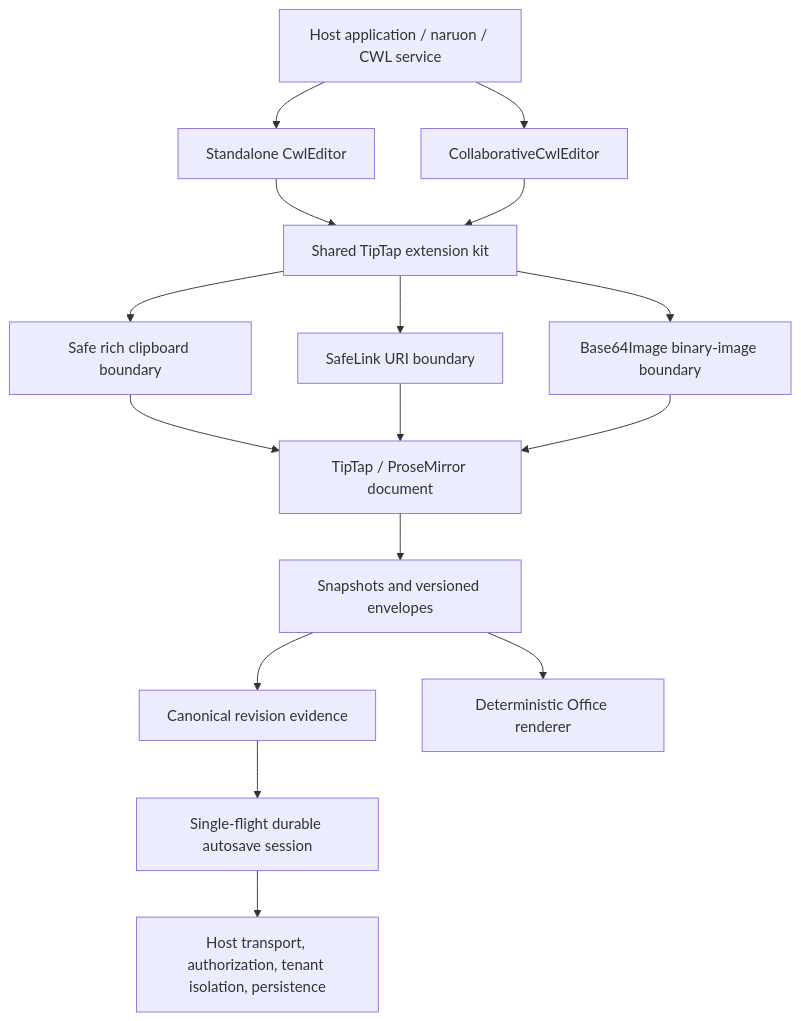
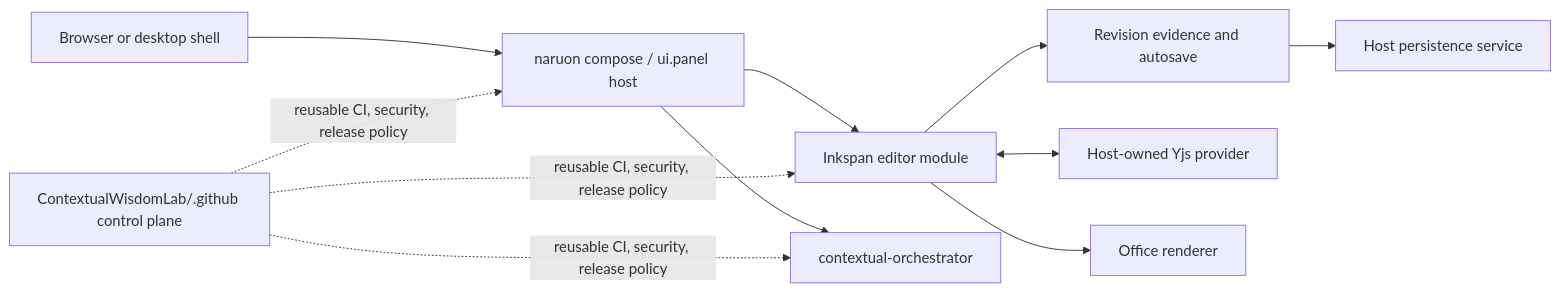
One commit to ContextualWisdomLab/inkspan changed the first of 2 diagrams in ARCHITECTURE.md. Above: the diagram before and after it, drawn with Mermaid. The commit also changed other lines of this file, not shown here.

Commit message:
docs(architecture): preserve integrated modular contract

````diff
--- a/ARCHITECTURE.md
+++ b/ARCHITECTURE.md
@@ -9,32 +40,23 @@
 ```mermaid
-flowchart TB
-    Host[Host application / naruon / CWL service]
-    React[Standalone CwlEditor]
-    Collab[CollaborativeCwlEditor]
-    Kit[Shared TipTap extension kit]
-    Clip[Safe rich clipboard boundary]
-    Link[SafeLink URI boundary]
-    Image[Base64Image binary-image boundary]
-    PM[TipTap / ProseMirror document]
-    Snap[Snapshots and versioned envelopes]
-    Rev[Canonical revision evidence]
-    Auto[Single-flight durable autosave session]
-    HostStore[Host transport, authorization, tenant isolation, persistence]
-    Office[Deterministic Office renderer]
+flowchart LR
+  Browser[Browser or desktop shell]
+  Panel[naruon compose / ui.panel host]
+  Inkspan[Inkspan editor module]
+  Evidence[Revision evidence and autosave]
+  Collab[Host-owned Yjs provider]
+  Store[Host persistence service]
+  Models[contextual-orchestrator]
+  Office[Office renderer]
+  Control[ContextualWisdomLab/.github control plane]
 
-    Host --> React
-    Host --> Collab
-    React --> Kit
-    Collab --> Kit
-    Kit --> Clip
-    Kit --> Link
-    Kit --> Image
-    Clip --> PM
-    Link --> PM
-    Image --> PM
-    PM --> Snap
-    Snap --> Rev
-    Rev --> Auto
-    Auto --> HostStore
-    Snap --> Office
+  Browser --> Panel
+  Panel --> Inkspan
+  Inkspan --> Evidence
+  Inkspan <--> Collab
+  Evidence --> Store
+  Panel --> Models
+  Inkspan --> Office
+  Control -. reusable CI, security, release policy .-> Inkspan
+  Control -. reusable CI, security, release policy .-> Panel
+  Control -. reusable CI, security, release policy .-> Models
 ```
````
